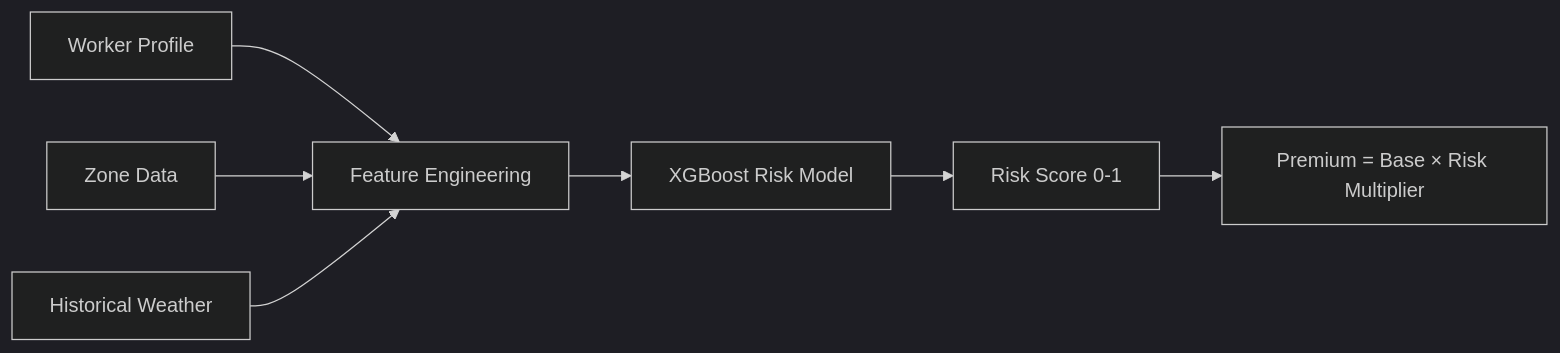
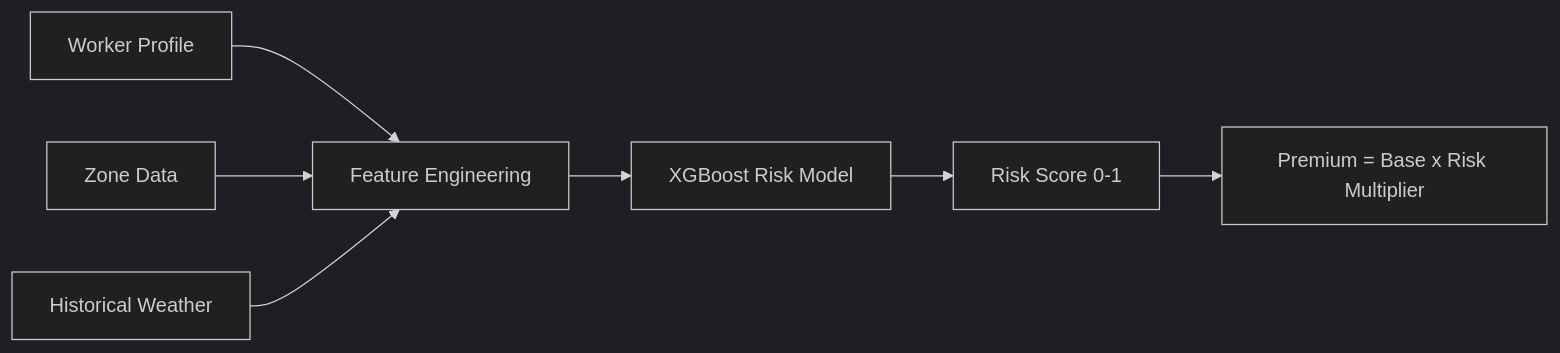
Before and after one commit to PraneeshRV/Zoink-4-u: the first of 2 diagrams in docs/AI_ML_PLAN.md, drawn with Mermaid (dark theme). The commit also changed other lines of this file, not shown here.

````diff
--- a/docs/AI_ML_PLAN.md
+++ b/docs/AI_ML_PLAN.md
@@ -20,9 +20,9 @@
 ```mermaid
 flowchart LR
     A[Worker Profile] --> D[Feature Engineering]
     B[Zone Data] --> D
     C[Historical Weather] --> D
     D --> E[XGBoost Risk Model]
     E --> F[Risk Score 0-1]
-    F --> G[Premium = Base × Risk Multiplier]
+    F --> G[Premium = Base x Risk Multiplier]
 ```
````
